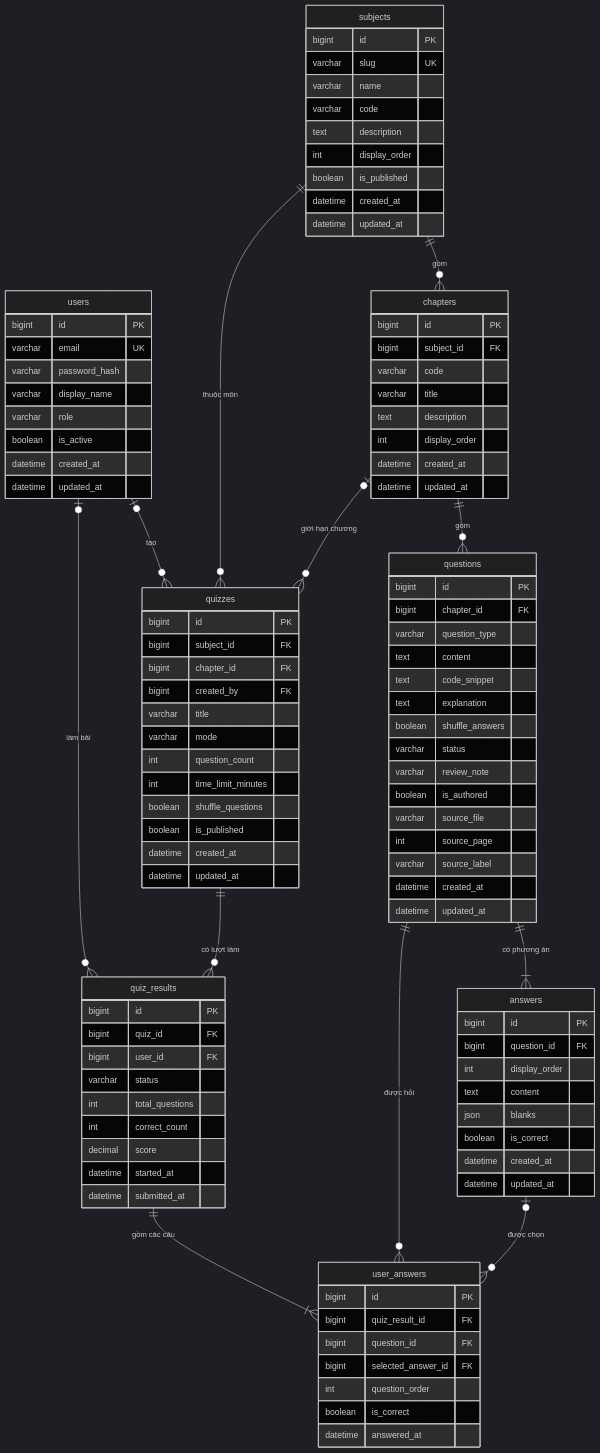
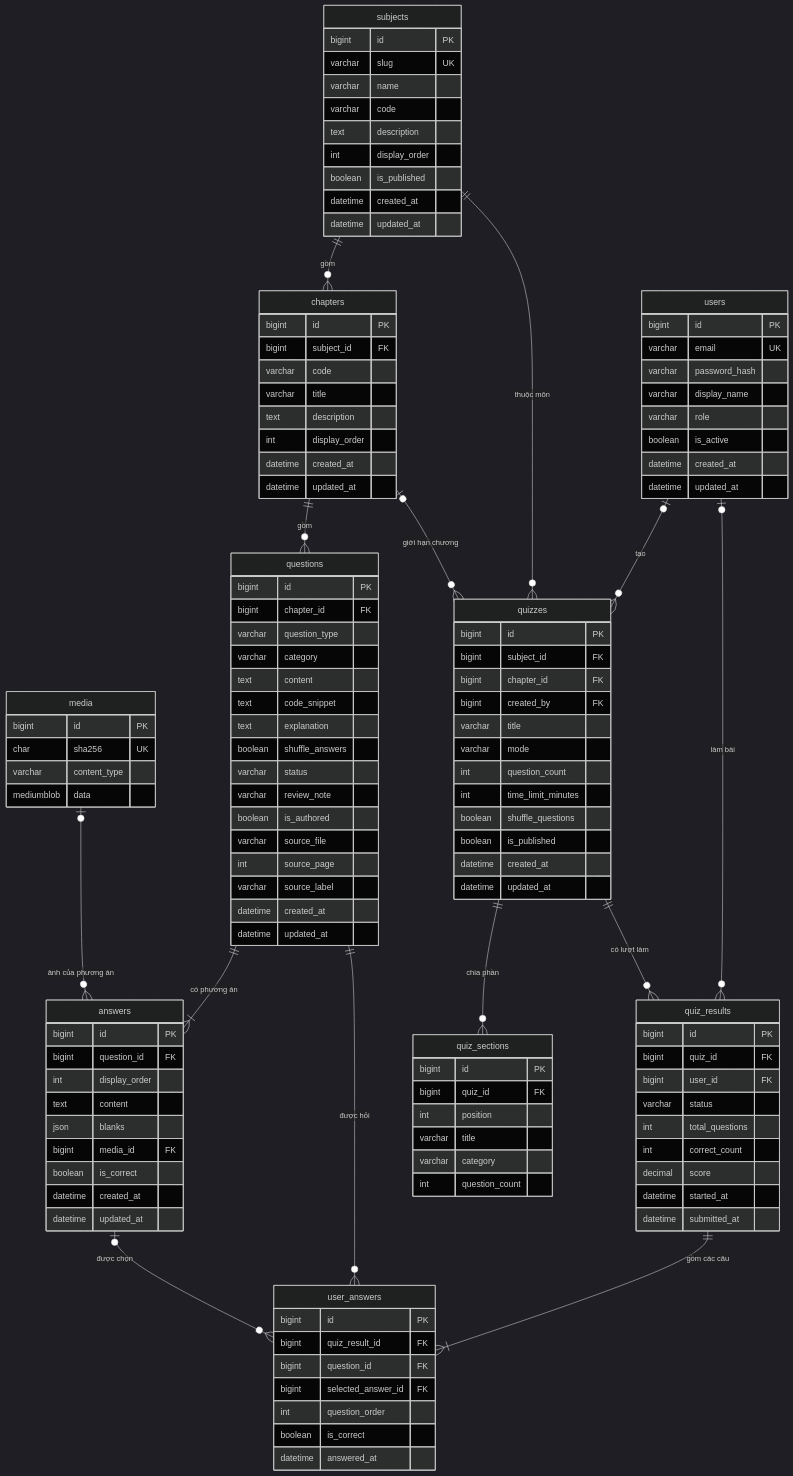
The diagram in docs/database-design.md (PhamThanhTuanDev/quiz-study), drawn with Mermaid (dark theme) before and after one commit. The commit also changed other lines of this file and 12 other files, not shown here.

```diff
--- a/docs/database-design.md
+++ b/docs/database-design.md
@@ -39,6 +39,8 @@
     quiz_results ||--|{ user_answers : "gồm các câu"
     questions ||--o{ user_answers : "được hỏi"
     answers |o--o{ user_answers : "được chọn"
+    quizzes ||--o{ quiz_sections : "chia phần"
+    media |o--o{ answers : "ảnh của phương án"
 
     users {
         bigint id PK
@@ -75,6 +77,7 @@
         bigint id PK
         bigint chapter_id FK
         varchar question_type
+        varchar category
         text content
         text code_snippet
         text explanation
@@ -94,6 +97,7 @@
         int display_order
         text content
         json blanks
+        bigint media_id FK
         boolean is_correct
         datetime created_at
         datetime updated_at
@@ -111,6 +115,20 @@
         boolean is_published
         datetime created_at
         datetime updated_at
+    }
+    quiz_sections {
+        bigint id PK
+        bigint quiz_id FK
+        int position
+        varchar title
+        varchar category
+        int question_count
+    }
+    media {
+        bigint id PK
+        char sha256 UK
+        varchar content_type
+        mediumblob data
     }
     quiz_results {
         bigint id PK
```
